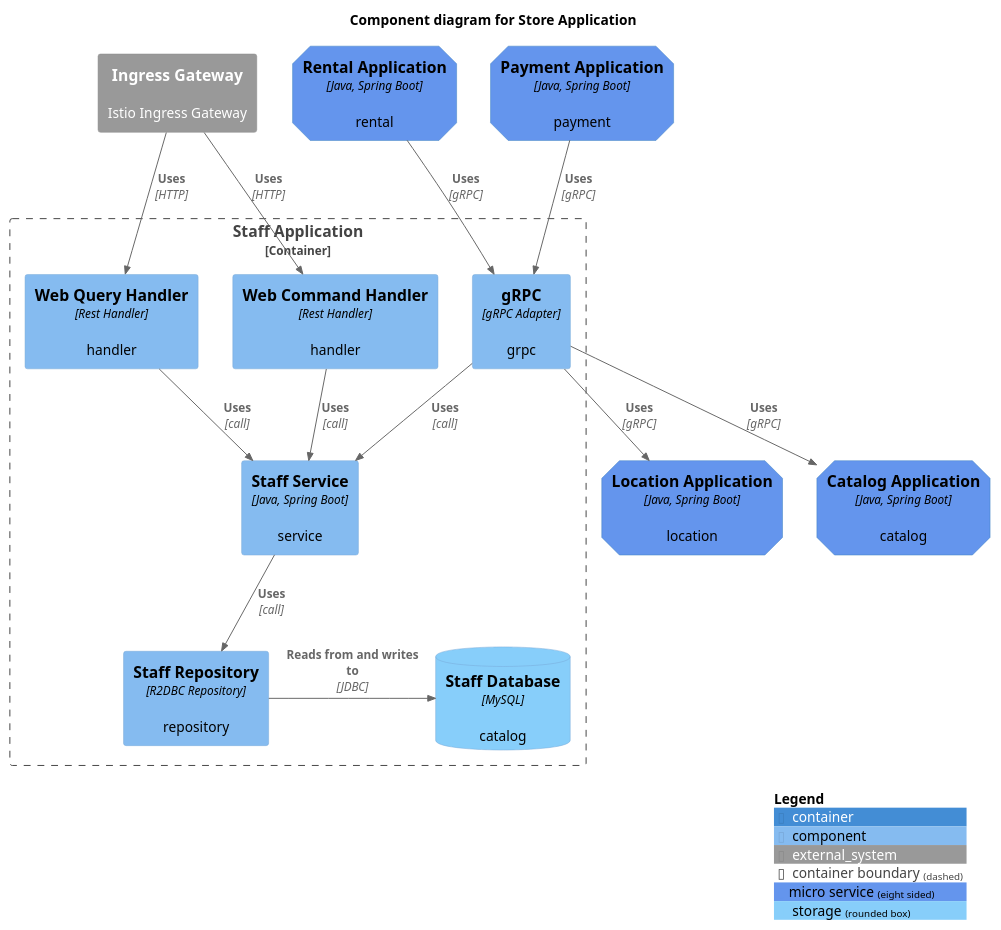
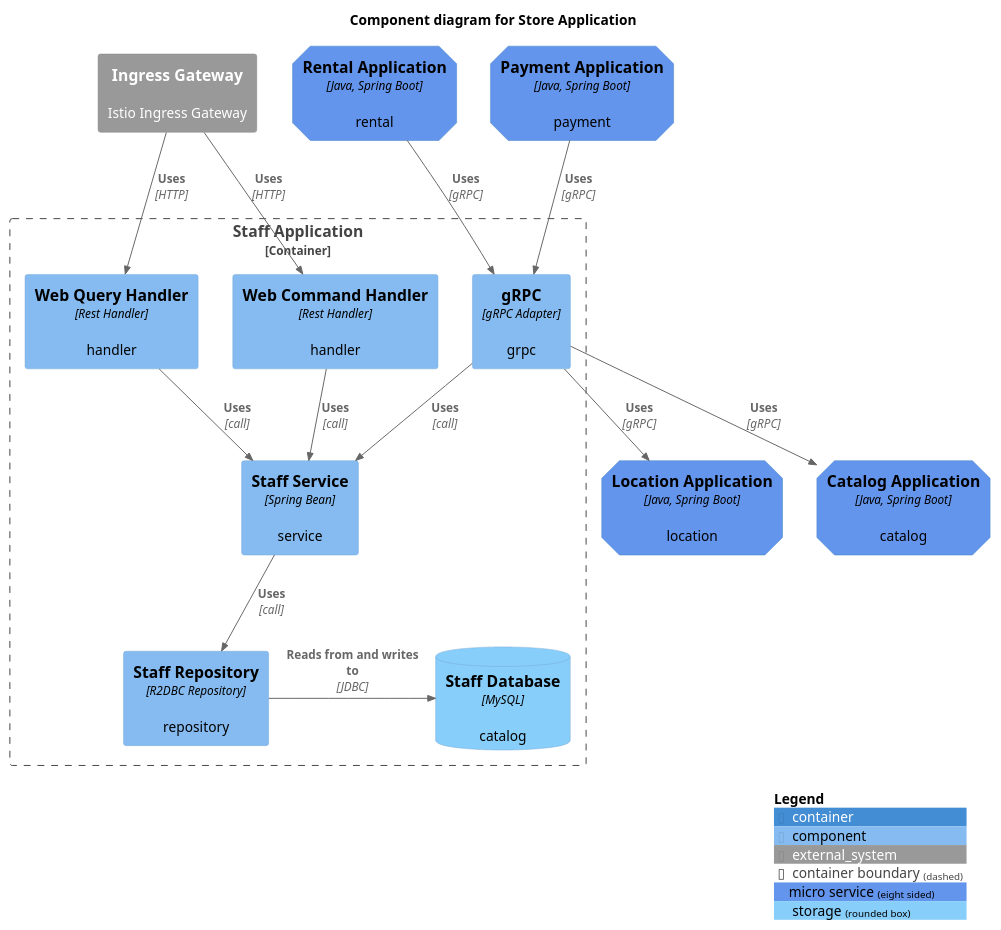
One commit to codejsha/sakila-microservices changed the diagram in diagram/component/store-application.puml. Above: the diagram before and after it, drawn with PlantUML. The commit also changed 12 other files, not shown here.

Commit message:
update diagrams

```diff
--- a/diagram/component/store-application.puml
+++ b/diagram/component/store-application.puml
@@ -1,38 +1,38 @@
 @startuml "store-application"
 !include https://raw.githubusercontent.com/plantuml-stdlib/C4-PlantUML/master/C4_Component.puml
 
 AddElementTag("micro_service", $shape=EightSidedShape(), $bgColor="CornflowerBlue", $fontColor="black", $legendText="micro service\neight sided")
 AddElementTag("storage", $shape=RoundedBoxShape(), $bgColor="lightSkyBlue", $fontColor="black")
 
 title Component diagram for Store Application
 
 Container(rental_app, "Rental Application", "Java, Spring Boot", "rental", $tags = "micro_service")
 Container(payment_app, "Payment Application", "Java, Spring Boot", "payment", $tags = "micro_service")
 Container(catalog_app, "Catalog Application", "Java, Spring Boot", "catalog", $tags = "micro_service")
 Container(location_app, "Location Application", "Java, Spring Boot", "location", $tags = "micro_service")
 System_Ext(ingress_gateway, "Ingress Gateway", "Istio Ingress Gateway")
 
 Container_Boundary(staff_app, "Staff Application") {
     Component(command_handler, "Web Command Handler", "Rest Handler", "handler")
     Component(query_handler, "Web Query Handler", "Rest Handler", "handler")
     Component(grpc, "gRPC", "gRPC Adapter", "grpc")
-    Component(staff_service, "Staff Service", "Java, Spring Boot", "service")
+    Component(staff_service, "Staff Service", "Spring Bean", "service")
     Component(staff_repository, "Staff Repository", "R2DBC Repository", "repository")
     ComponentDb(staff_db, "Staff Database", "MySQL", "catalog", $tags = "storage")
 
     Rel(command_handler, staff_service, "Uses", "call")
     Rel(query_handler, staff_service, "Uses", "call")
     Rel(staff_service, staff_repository, "Uses", "call")
     Rel(grpc, staff_service, "Uses", "call")
     Rel_R(staff_repository, staff_db, "Reads from and writes to", "JDBC")
 }
 
 Rel(rental_app, grpc, "Uses", "gRPC")
 Rel(payment_app, grpc, "Uses", "gRPC")
 Rel(grpc, catalog_app, "Uses", "gRPC")
 Rel(grpc, location_app, "Uses", "gRPC")
 Rel(ingress_gateway, command_handler, "Uses", "HTTP")
 Rel(ingress_gateway, query_handler, "Uses", "HTTP")
 
 SHOW_LEGEND()
 @enduml
```
